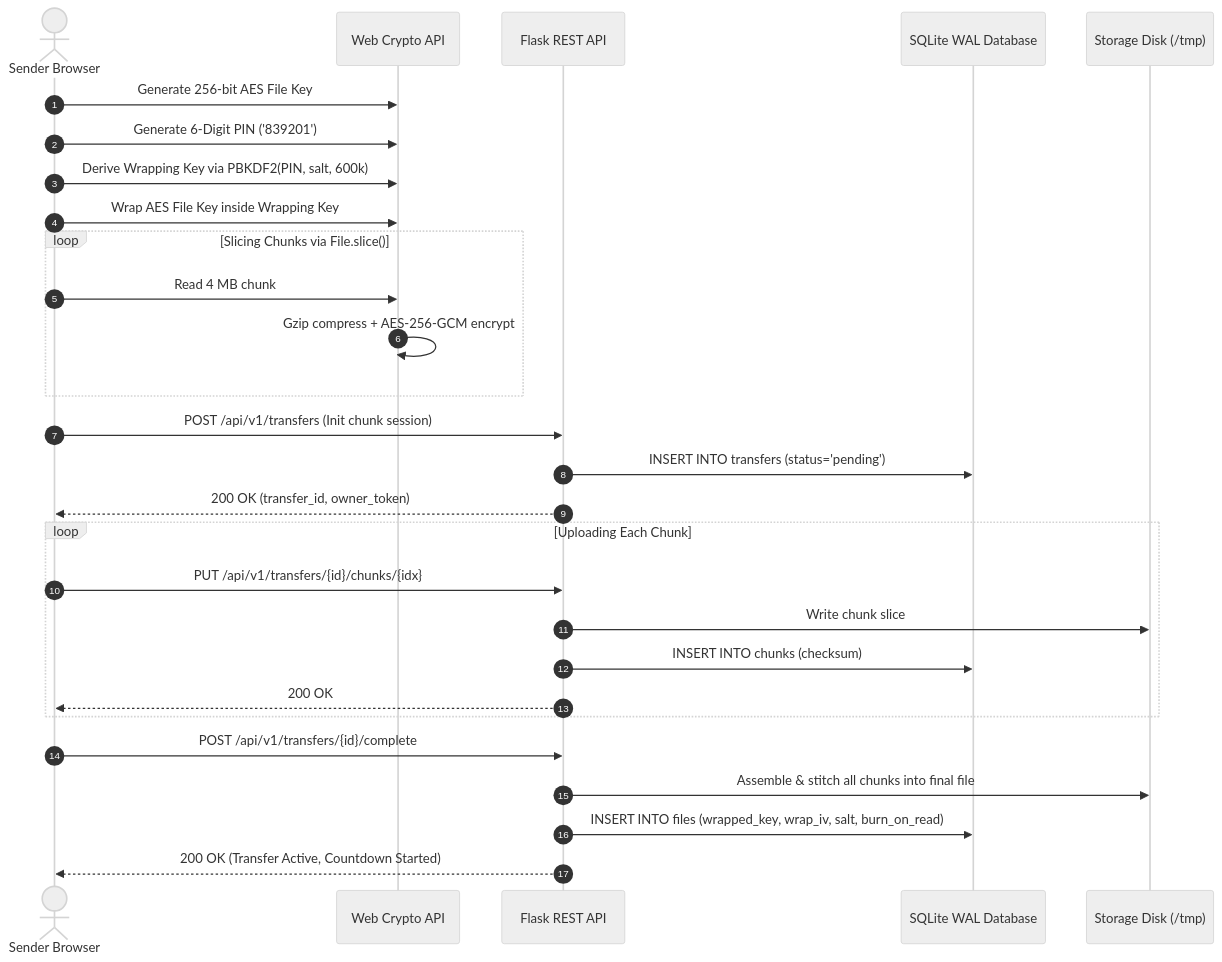
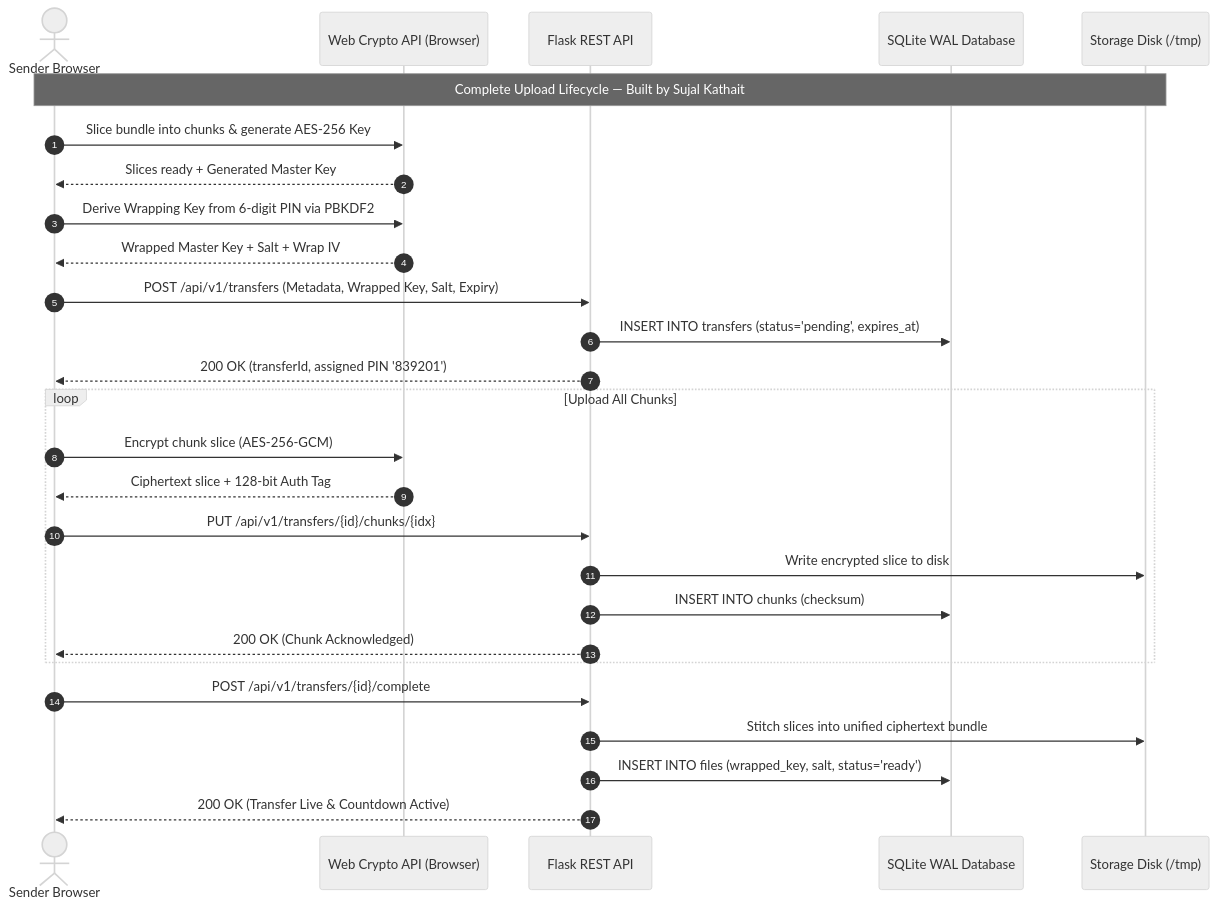
Before and after one commit to Sujalkathait/filesender: the fourth of 8 diagrams in ARCHITECTURE_AND_DESIGN.md, drawn with Mermaid (neutral theme). The commit also changed other lines of this file and 13 other files, not shown here.

Commit message:
feat(ui): minimalist modern UI redesign and comprehensive UML relationship architecture by Sujal Kathait

````diff
--- a/ARCHITECTURE_AND_DESIGN.md
+++ b/ARCHITECTURE_AND_DESIGN.md
@@ -302,35 +534,34 @@
 ```mermaid
 sequenceDiagram
     autonumber
     actor Sender as Sender Browser
-    participant WebCrypto as Web Crypto API
+    participant ClientCrypto as Web Crypto API (Browser)
     participant API as Flask REST API
     participant DB as SQLite WAL Database
     participant Disk as Storage Disk (/tmp)
 
-    Sender->>WebCrypto: Generate 256-bit AES File Key
-    Sender->>WebCrypto: Generate 6-Digit PIN ('839201')
-    Sender->>WebCrypto: Derive Wrapping Key via PBKDF2(PIN, salt, 600k)
-    Sender->>WebCrypto: Wrap AES File Key inside Wrapping Key
-    
-    loop Slicing Chunks via File.slice()
-        Sender->>WebCrypto: Read 4 MB chunk
-        WebCrypto->>WebCrypto: Gzip compress + AES-256-GCM encrypt
-    end
+    Note over Sender,Disk: Complete Upload Lifecycle — Built by Sujal Kathait
 
-    Sender->>API: POST /api/v1/transfers (Init chunk session)
-    API->>DB: INSERT INTO transfers (status='pending')
-    API-->>Sender: 200 OK (transfer_id, owner_token)
+    Sender->>ClientCrypto: Slice bundle into chunks & generate AES-256 Key
+    ClientCrypto-->>Sender: Slices ready + Generated Master Key
+    Sender->>ClientCrypto: Derive Wrapping Key from 6-digit PIN via PBKDF2
+    ClientCrypto-->>Sender: Wrapped Master Key + Salt + Wrap IV
 
-    loop Uploading Each Chunk
+    Sender->>API: POST /api/v1/transfers (Metadata, Wrapped Key, Salt, Expiry)
+    API->>DB: INSERT INTO transfers (status='pending', expires_at)
+    API-->>Sender: 200 OK (transferId, assigned PIN '839201')
+
+    loop Upload All Chunks
+        Sender->>ClientCrypto: Encrypt chunk slice (AES-256-GCM)
+        ClientCrypto-->>Sender: Ciphertext slice + 128-bit Auth Tag
         Sender->>API: PUT /api/v1/transfers/{id}/chunks/{idx}
-        API->>Disk: Write chunk slice
+        API->>Disk: Write encrypted slice to disk
         API->>DB: INSERT INTO chunks (checksum)
-        API-->>Sender: 200 OK
+        API-->>Sender: 200 OK (Chunk Acknowledged)
     end
 
     Sender->>API: POST /api/v1/transfers/{id}/complete
-    API->>Disk: Assemble & stitch all chunks into final file
-    API->>DB: INSERT INTO files (wrapped_key, wrap_iv, salt, burn_on_read)
-    API-->>Sender: 200 OK (Transfer Active, Countdown Started)
+    API->>Disk: Stitch slices into unified ciphertext bundle
+    API->>DB: INSERT INTO files (wrapped_key, salt, status='ready')
+    API-->>Sender: 200 OK (Transfer Live & Countdown Active)
 ```
````
